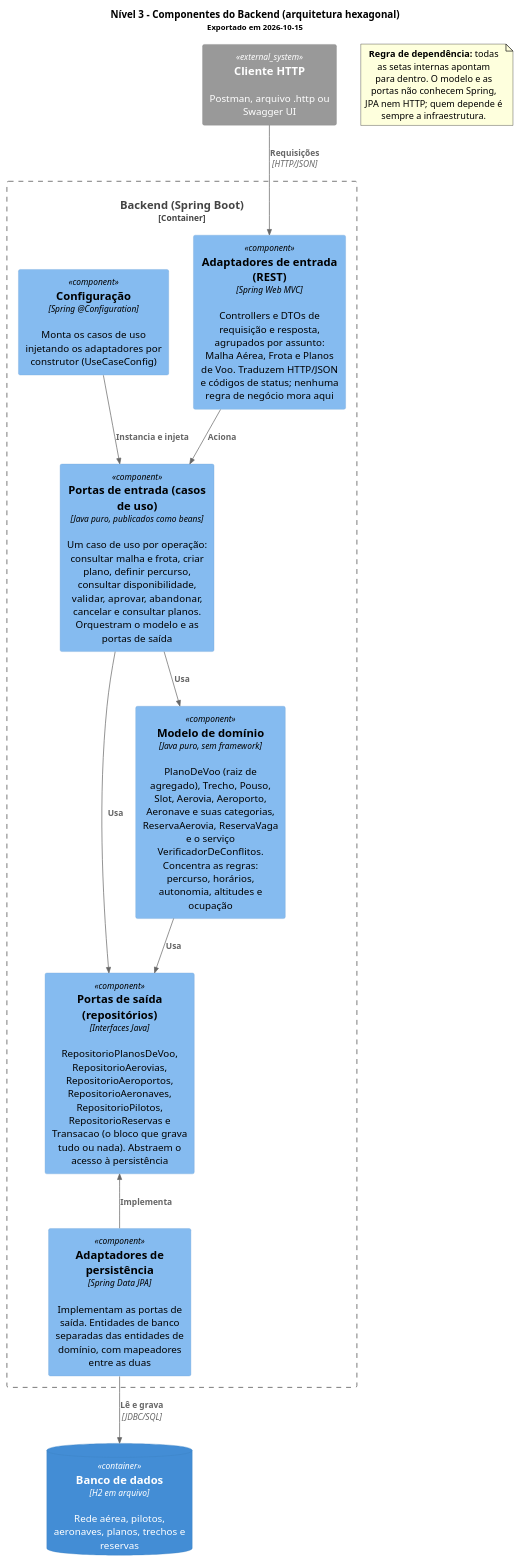
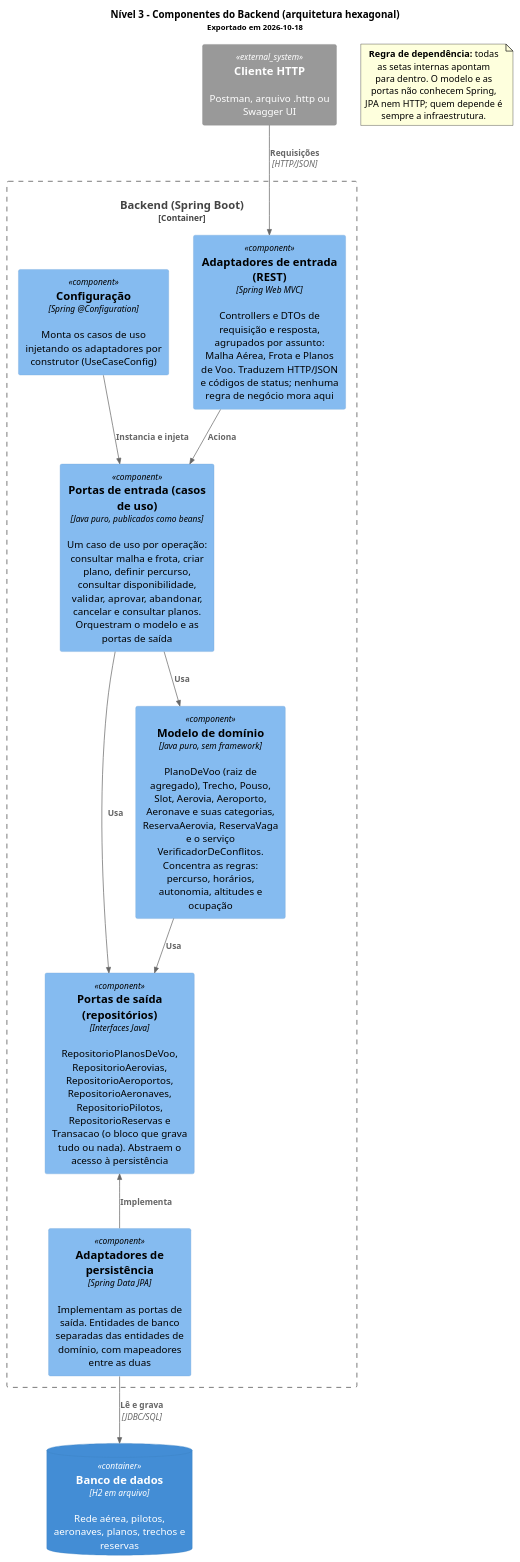
One commit to antoniocosta0/trabalho-projaq changed the diagram in docs/arquitetura/c4-componentes.puml. Above: the diagram before and after it, drawn with PlantUML. The commit also changed 3 other files, not shown here.

Commit message:
docs: export the domain and component diagrams with reservations

```diff
--- a/docs/arquitetura/c4-componentes.puml
+++ b/docs/arquitetura/c4-componentes.puml
@@ -1,46 +1,46 @@
 @startuml
 ' C4 nível 3 - Componentes do backend
 ' PUCRS - Projeto e Arquitetura de Software - 2026/2 - turma 340
 ' A decomposição segue a arquitetura hexagonal (ports & adapters), que é a
 ' efetivamente implementada em backend/src/main/java/com/pucrs/planosdevoo/.
 !include <C4/C4_Component>
 
 title
   Nível 3 - Componentes do Backend (arquitetura hexagonal)
-  <size:11>Exportado em 2026-10-15</size>
+  <size:11>Exportado em 2026-10-18</size>
 end title
 
 System_Ext(cliente, "Cliente HTTP", "Postman, arquivo .http ou Swagger UI")
 ContainerDb(banco, "Banco de dados", "H2 em arquivo", "Rede aérea, pilotos, aeronaves, planos, trechos e reservas")
 
 Container_Boundary(api, "Backend (Spring Boot)") {
 
   Component(adaptadores_entrada, "Adaptadores de entrada (REST)", "Spring Web MVC", "Controllers e DTOs de requisição e resposta, agrupados por assunto: Malha Aérea, Frota e Planos de Voo. Traduzem HTTP/JSON e códigos de status; nenhuma regra de negócio mora aqui")
 
   Component(portas_entrada, "Portas de entrada (casos de uso)", "Java puro, publicados como beans", "Um caso de uso por operação: consultar malha e frota, criar plano, definir percurso, consultar disponibilidade, validar, aprovar, abandonar, cancelar e consultar planos. Orquestram o modelo e as portas de saída")
 
   Component(modelo, "Modelo de domínio", "Java puro, sem framework", "PlanoDeVoo (raiz de agregado), Trecho, Pouso, Slot, Aerovia, Aeroporto, Aeronave e suas categorias, ReservaAerovia, ReservaVaga e o serviço VerificadorDeConflitos. Concentra as regras: percurso, horários, autonomia, altitudes e ocupação")
 
   Component(portas_saida, "Portas de saída (repositórios)", "Interfaces Java", "RepositorioPlanosDeVoo, RepositorioAerovias, RepositorioAeroportos, RepositorioAeronaves, RepositorioPilotos, RepositorioReservas e Transacao (o bloco que grava tudo ou nada). Abstraem o acesso à persistência")
 
   Component(adaptadores_saida, "Adaptadores de persistência", "Spring Data JPA", "Implementam as portas de saída. Entidades de banco separadas das entidades de domínio, com mapeadores entre as duas")
 
   Component(config, "Configuração", "Spring @Configuration", "Monta os casos de uso injetando os adaptadores por construtor (UseCaseConfig)")
 }
 
 Rel(cliente, adaptadores_entrada, "Requisições", "HTTP/JSON")
 Rel(adaptadores_entrada, portas_entrada, "Aciona")
 Rel(portas_entrada, modelo, "Usa")
 Rel(portas_entrada, portas_saida, "Usa")
 Rel(modelo, portas_saida, "Usa")
 Rel_U(adaptadores_saida, portas_saida, "Implementa")
 Rel(config, portas_entrada, "Instancia e injeta")
 Rel(adaptadores_saida, banco, "Lê e grava", "JDBC/SQL")
 
 note as regra_dependencia
   **Regra de dependência:** todas as setas internas apontam
   para dentro. O modelo e as portas não conhecem Spring,
   JPA nem HTTP; quem depende é sempre a infraestrutura.
 end note
 
 @enduml
```
